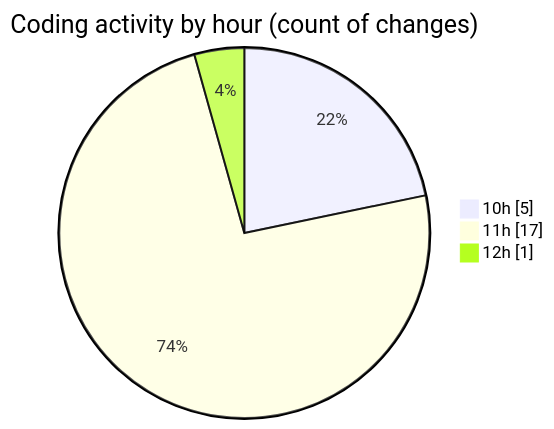
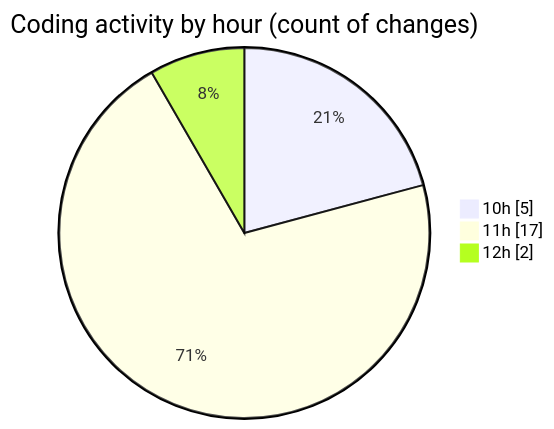
Before and after one commit to CELIANVF/code-tracking: the second of 2 diagrams in 2025-05-05/ecodeli/README.md, drawn with Mermaid. The commit also changed other lines of this file and 1 other file, not shown here.

````diff
--- a/2025-05-05/ecodeli/README.md
+++ b/2025-05-05/ecodeli/README.md
@@ -41,7 +43,7 @@
 ```mermaid
 pie showData
 title Coding activity by hour (count of changes)
 "10h" : 5
 "11h" : 17
-"12h" : 1
+"12h" : 2
 ```
````
